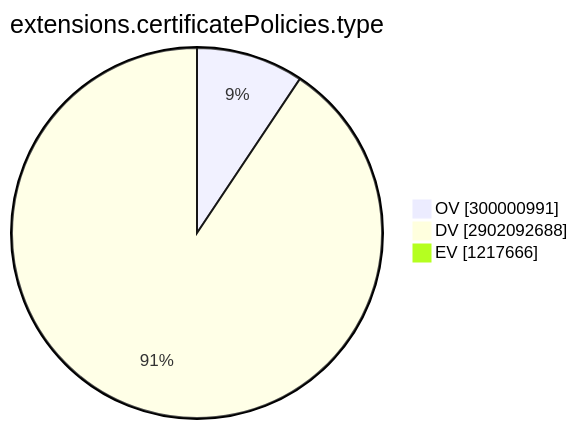
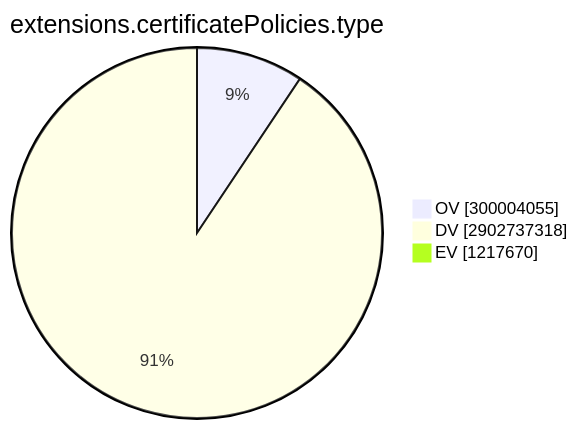
The ninth of 15 diagrams in TOTAL/README.md (christiankrug/ctmonitor_visualization), drawn with Mermaid before and after one commit. The commit also changed other lines of this file, not shown here.

````diff
--- a/TOTAL/README.md
+++ b/TOTAL/README.md
@@ -3101,7 +3101,7 @@
 ```mermaid
 pie showData
 title extensions.certificatePolicies.type
-"OV" :300000991
-"DV" :2902092688
-"EV" :1217666
+"OV" :300004055
+"DV" :2902737318
+"EV" :1217670
 ```
````
